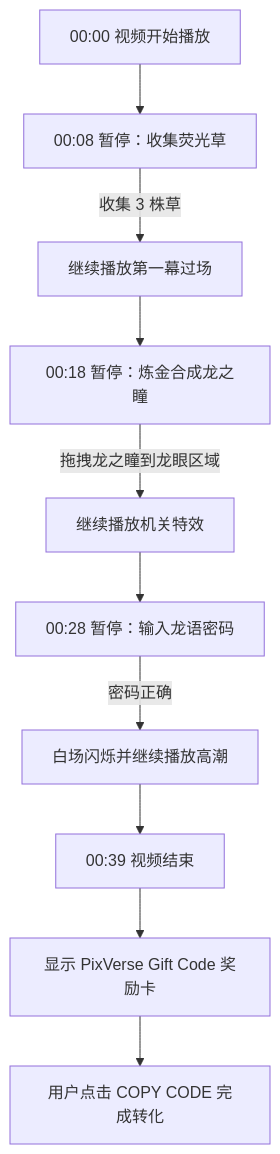
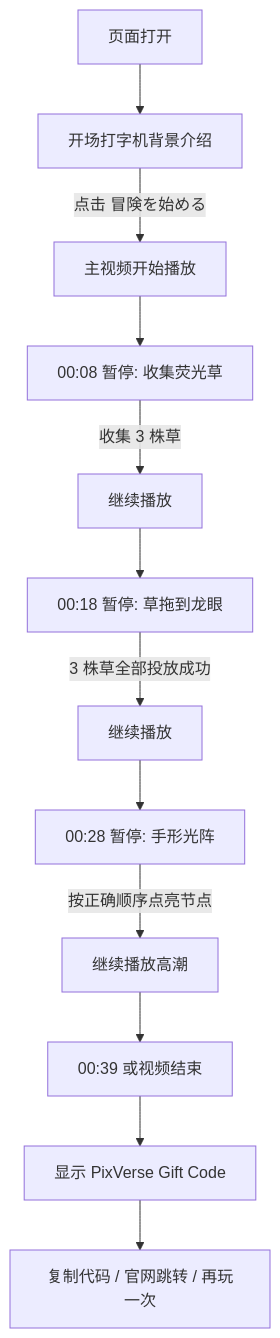
Before and after one commit to TaoSun0902/Mystic-Valley: the diagram in interactive_video_flow_design_v2_integrated.md, drawn with Mermaid. The commit also changed other lines of this file and 6 other files, not shown here.

````diff
--- a/interactive_video_flow_design_v2_integrated.md
+++ b/interactive_video_flow_design_v2_integrated.md
@@ -24,12 +23,14 @@
 ```mermaid
 flowchart TD
-    A[00:00 视频开始播放] --> B[00:08 暂停：收集荧光草]
-    B -->|收集 3 株草| C[继续播放第一幕过场]
-    C --> D[00:18 暂停：炼金合成龙之瞳]
-    D -->|拖拽龙之瞳到龙眼区域| E[继续播放机关特效]
-    E --> F[00:28 暂停：输入龙语密码]
-    F -->|密码正确| G[白场闪烁并继续播放高潮]
-    G --> H[00:39 视频结束]
-    H --> I[显示 PixVerse Gift Code 奖励卡]
-    I --> J[用户点击 COPY CODE 完成转化]
+    A[页面打开] --> B[开场打字机背景介绍]
+    B -->|点击 冒険を始める| C[主视频开始播放]
+    C --> D[00:08 暂停: 收集荧光草]
+    D -->|收集 3 株草| E[继续播放]
+    E --> F[00:18 暂停: 草拖到龙眼]
+    F -->|3 株草全部投放成功| G[继续播放]
+    G --> H[00:28 暂停: 手形光阵]
+    H -->|按正确顺序点亮节点| I[继续播放高潮]
+    I --> J[00:39 或视频结束]
+    J --> K[显示 PixVerse Gift Code]
+    K --> L[复制代码 / 官网跳转 / 再玩一次]
 ```
````
